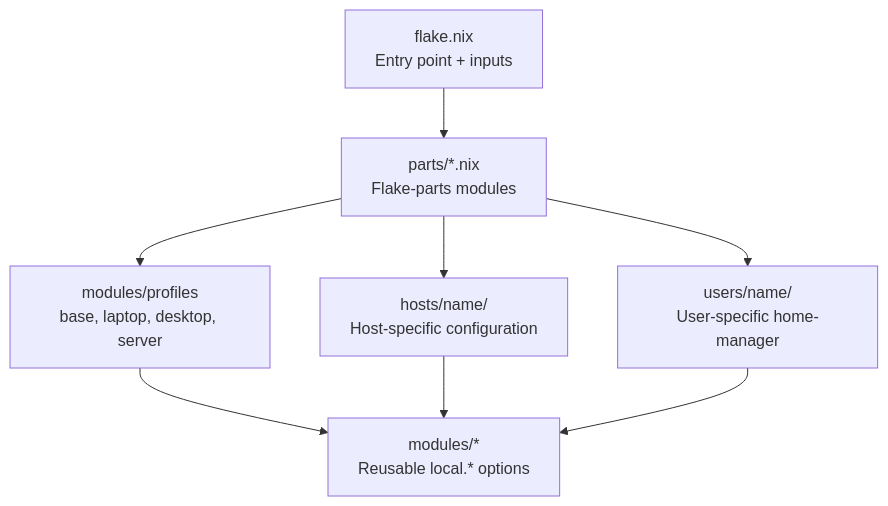
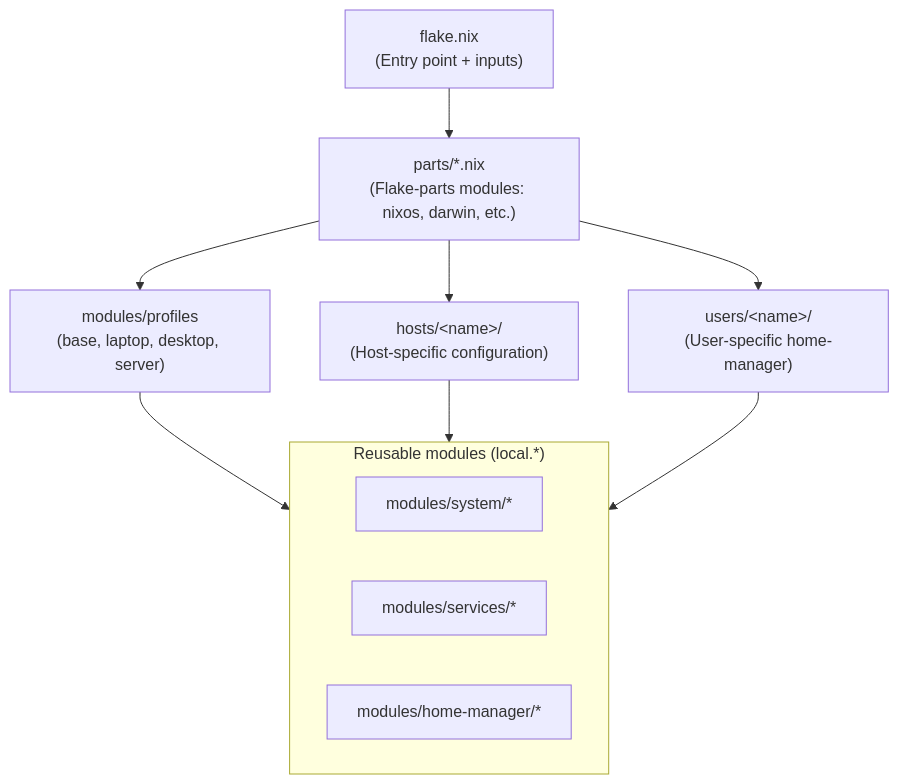
One commit to AdrielVelazquez/nixos-config changed the first of 2 diagrams in README.md. Above: the diagram before and after it, drawn with Mermaid. The commit also changed other lines of this file, not shown here.

````diff
--- a/README.md
+++ b/README.md
@@ -24,17 +24,22 @@
 ```mermaid
 flowchart TD
-    A[flake.nix\nEntry point + inputs]
-    B[parts/*.nix\nFlake-parts modules]
-    C[modules/profiles\nbase, laptop, desktop, server]
-    D[hosts/name/\nHost-specific configuration]
-    E[users/name/\nUser-specific home-manager]
-    F[modules/*\nReusable local.* options]
+    A["flake.nix<br/>(Entry point + inputs)"]
+    B["parts/*.nix<br/>(Flake-parts modules: nixos, darwin, etc.)"]
+    C["modules/profiles<br/>(base, laptop, desktop, server)"]
+    D["hosts/&lt;name&gt;/<br/>(Host-specific configuration)"]
+    E["users/&lt;name&gt;/<br/>(User-specific home-manager)"]
+
+    subgraph F ["Reusable modules (local.*)"]
+        F1["modules/system/*"]
+        F2["modules/services/*"]
+        F3["modules/home-manager/*"]
+    end
 
     A --> B
     B --> C
     B --> D
     B --> E
     C --> F
     D --> F
     E --> F
 ```
````
